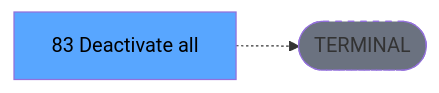
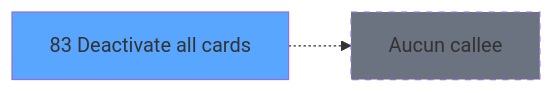
The third of 3 diagrams in .openspec/specs/ADH-IDE-83.md (thonyAGP/lecteur-magic), drawn with Mermaid before and after one commit. The commit also changed other lines of this file and 96 other files, not shown here.

````diff
--- a/.openspec/specs/ADH-IDE-83.md
+++ b/.openspec/specs/ADH-IDE-83.md
@@ -134,8 +182,8 @@
 ```mermaid
 graph LR
-    T[83 Deactivate all ]
-    TERM([TERMINAL])
-    T -.-> TERM
-    style TERM fill:#6b7280,stroke-dasharray: 5 5
-    style T fill:#58a6ff,color:#000
+    T83[83 Deactivate all cards]
+    style T83 fill:#58a6ff
+    NONE[Aucun callee]
+    T83 -.-> NONE
+    style NONE fill:#6b7280,stroke-dasharray: 5 5
 ```
````
